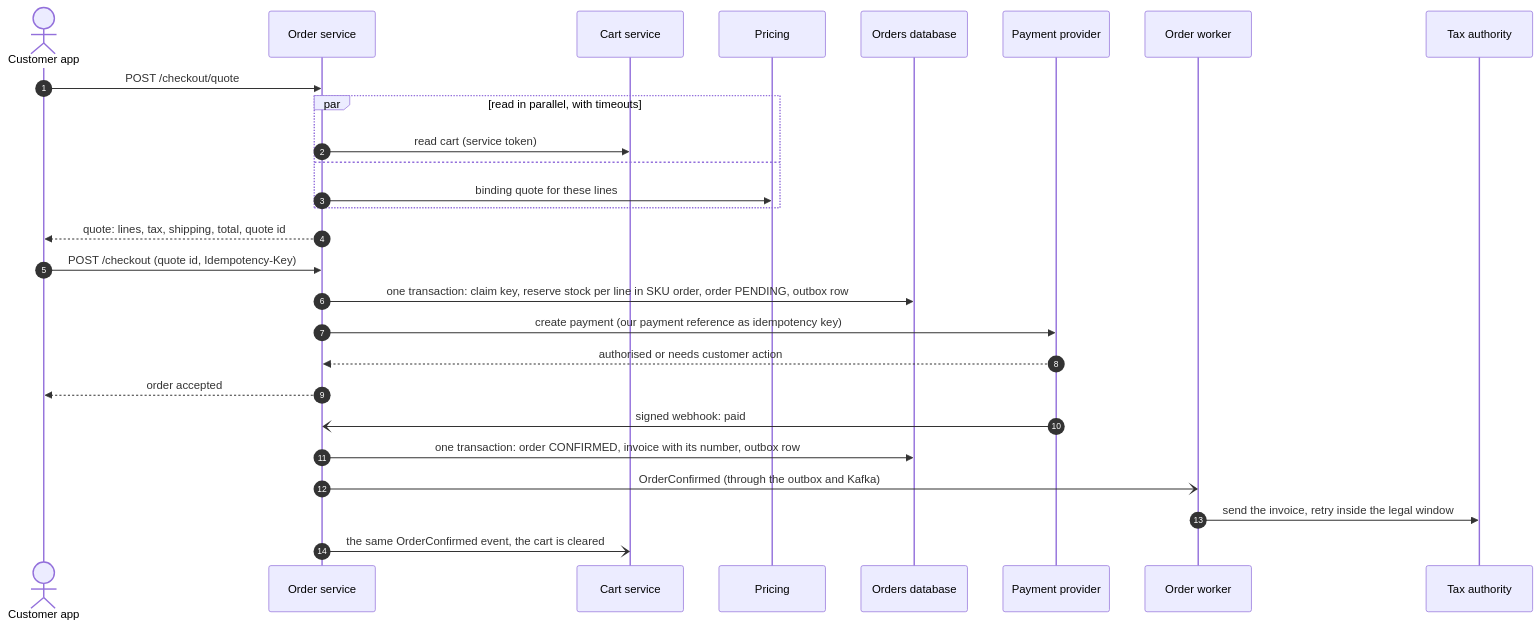
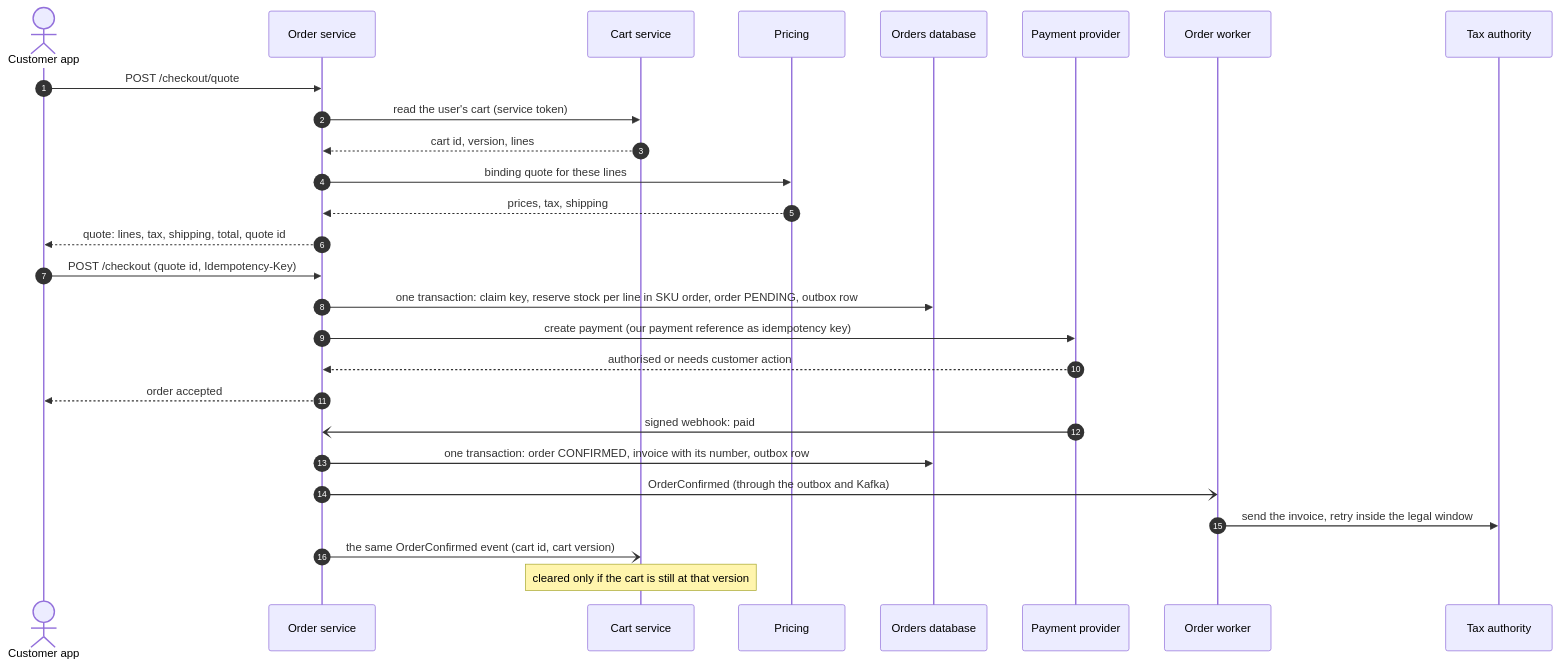
One commit to sandipekla/cart-service changed the second of 2 diagrams in docs/architecture.md. Above: the diagram before and after it, drawn with Mermaid. The commit also changed other lines of this file and 3 other files, not shown here.

````diff
--- a/docs/architecture.md
+++ b/docs/architecture.md
@@ -251,32 +257,32 @@
 ```mermaid
 sequenceDiagram
     autonumber
     actor C as Customer app
     participant O as Order service
     participant CA as Cart service
     participant P as Pricing
     participant DB as Orders database
     participant PSP as Payment provider
     participant W as Order worker
     participant T as Tax authority
 
     C->>O: POST /checkout/quote
-    par read in parallel, with timeouts
-        O->>CA: read cart (service token)
-    and
-        O->>P: binding quote for these lines
-    end
+    O->>CA: read the user's cart (service token)
+    CA-->>O: cart id, version, lines
+    O->>P: binding quote for these lines
+    P-->>O: prices, tax, shipping
     O-->>C: quote: lines, tax, shipping, total, quote id
 
     C->>O: POST /checkout (quote id, Idempotency-Key)
     O->>DB: one transaction: claim key, reserve stock per line in SKU order, order PENDING, outbox row
     O->>PSP: create payment (our payment reference as idempotency key)
     PSP-->>O: authorised or needs customer action
     O-->>C: order accepted
 
     PSP-)O: signed webhook: paid
     O->>DB: one transaction: order CONFIRMED, invoice with its number, outbox row
     O-)W: OrderConfirmed (through the outbox and Kafka)
     W->>T: send the invoice, retry inside the legal window
-    O-)CA: the same OrderConfirmed event, the cart is cleared
+    O-)CA: the same OrderConfirmed event (cart id, cart version)
+    Note over CA: cleared only if the cart is still at that version
 ```
````
